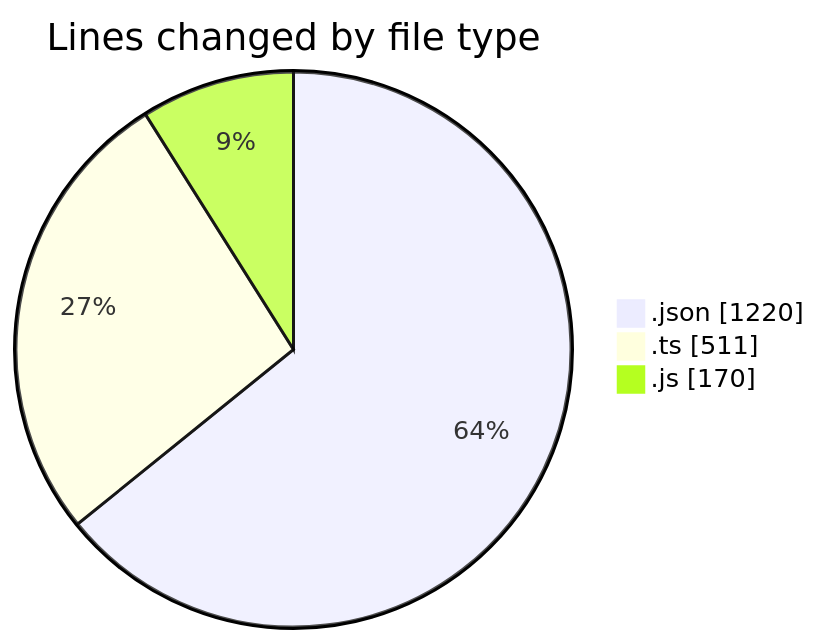
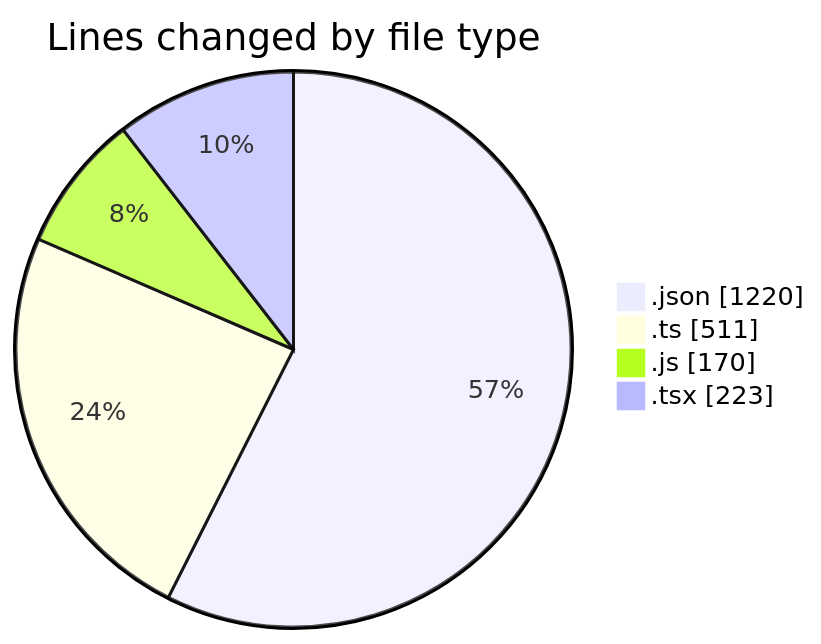
Before and after one commit to momahboobian/code-tracking: the first of 2 diagrams in 2026-05-05/cda/README.md, drawn with Mermaid. The commit also changed other lines of this file and 1 other file, not shown here.

````diff
--- a/2026-05-05/cda/README.md
+++ b/2026-05-05/cda/README.md
@@ -40,7 +41,8 @@
 ```mermaid
 pie showData
 title Lines changed by file type
 ".json" : 1220
 ".ts" : 511
 ".js" : 170
+".tsx" : 223
 ```
````
